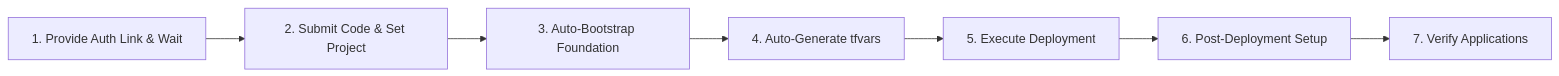
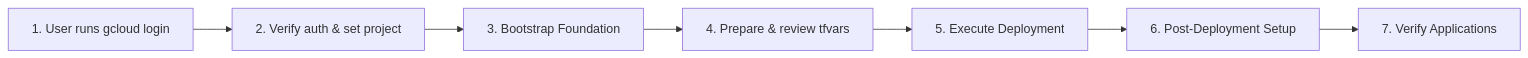
One commit to GoogleCloudPlatform/horizon-sdv changed the diagram in .agents/plugins/horizon-ops/skills/horizon-deploy/SKILL.md. Above: the diagram before and after it, drawn with Mermaid. The commit also changed other lines of this file and 24 other files, not shown here.

````diff
--- a/.agents/plugins/horizon-ops/skills/horizon-deploy/SKILL.md
+++ b/.agents/plugins/horizon-ops/skills/horizon-deploy/SKILL.md
@@ -35,9 +52,9 @@
 ```mermaid
 flowchart LR
-    A["1. Provide Auth Link & Wait"] --> B["2. Submit Code & Set Project"]
-    B --> C["3. Auto-Bootstrap Foundation"]
-    C --> D["4. Auto-Generate tfvars"]
+    A["1. User runs gcloud login"] --> B["2. Verify auth & set project"]
+    B --> C["3. Bootstrap Foundation"]
+    C --> D["4. Prepare & review tfvars"]
     D --> E["5. Execute Deployment"]
     E --> F["6. Post-Deployment Setup"]
     F --> G["7. Verify Applications"]
 ```
````
